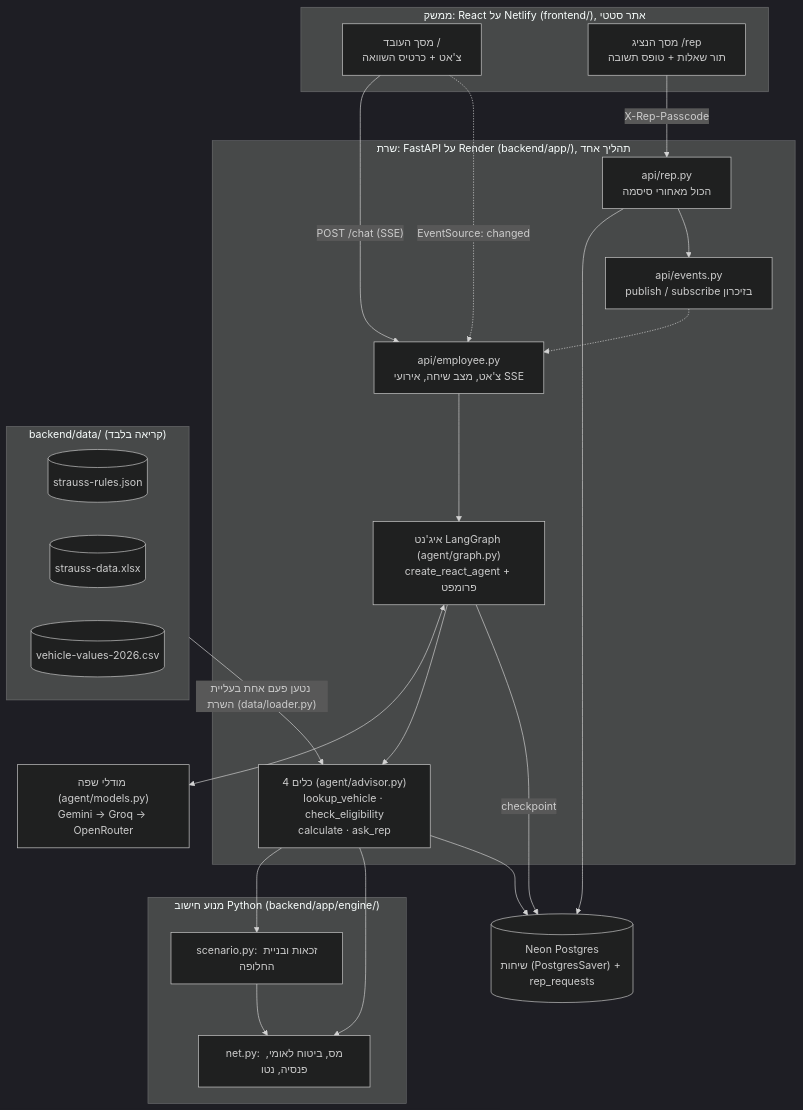
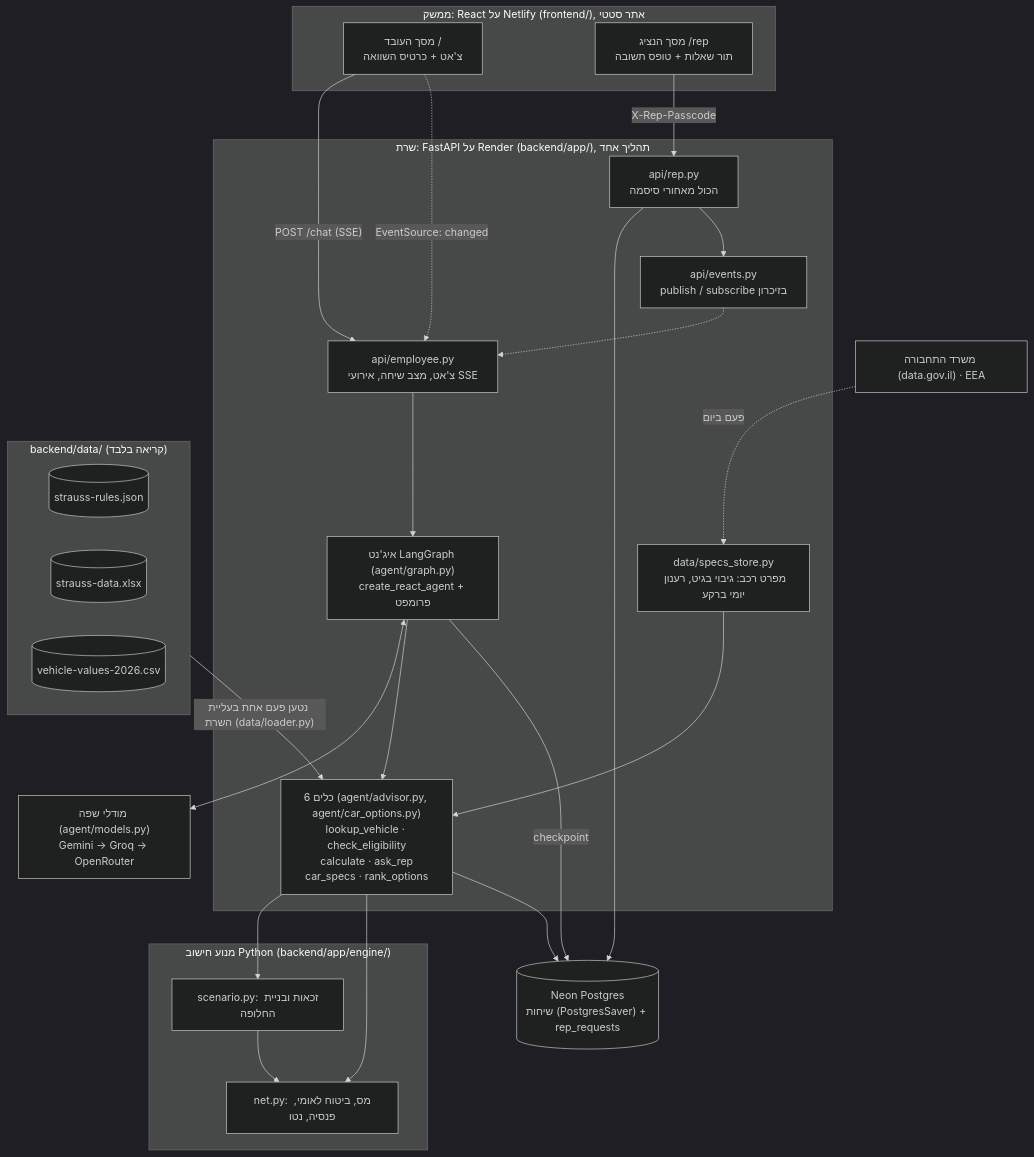
The first of 3 diagrams in docs/architecture.md (tf616248-create/strauss-car-advisor), drawn with Mermaid (dark theme) before and after one commit. The commit also changed other lines of this file and 13 other files, not shown here.

First line of the commit message:
car_specs and rank_options: recommend only through code, on sourced data

````diff
--- a/docs/architecture.md
+++ b/docs/architecture.md
@@ -10,46 +10,49 @@
 ```mermaid
 flowchart TB
     subgraph FE["ממשק: React על Netlify (frontend/), אתר סטטי"]
         EMP["מסך העובד /<br/>צ'אט + כרטיס השוואה"]
         REP["מסך הנציג /rep<br/>תור שאלות + טופס תשובה"]
     end
 
     subgraph BE["שרת: FastAPI על Render (backend/app/), תהליך אחד"]
         API_E["api/employee.py<br/>צ'אט, מצב שיחה, אירועי SSE"]
         API_R["api/rep.py<br/>הכול מאחורי סיסמה"]
         AGENT["איג'נט LangGraph (agent/graph.py)<br/>create_react_agent + פרומפט"]
-        TOOLS["4 כלים (agent/advisor.py)<br/>lookup_vehicle · check_eligibility<br/>calculate · ask_rep"]
+        TOOLS["6 כלים (agent/advisor.py, agent/car_options.py)<br/>lookup_vehicle · check_eligibility<br/>calculate · ask_rep<br/>car_specs · rank_options"]
+        SPECS["data/specs_store.py<br/>מפרט רכב: גיבוי בגיט, רענון יומי ברקע"]
         EVENTS["api/events.py<br/>publish / subscribe בזיכרון"]
     end
 
     LLM["מודלי שפה (agent/models.py)<br/>Gemini → Groq → OpenRouter"]
 
     subgraph ENG["מנוע חישוב Python (backend/app/engine/)"]
         NET["net.py: מס, ביטוח לאומי, פנסיה, נטו"]
         SCEN["scenario.py: זכאות ובניית החלופה"]
     end
 
     subgraph DATA["backend/data/ (קריאה בלבד)"]
         RULES[("strauss-rules.json")]
         XLSX[("strauss-data.xlsx")]
         CSV[("vehicle-values-2026.csv")]
     end
 
     DB[("Neon Postgres<br/>שיחות (PostgresSaver) + rep_requests")]
 
     EMP -- "POST /chat (SSE)" --> API_E
     EMP -. "EventSource: changed" .-> API_E
     REP -- "X-Rep-Passcode" --> API_R
     API_E --> AGENT
     AGENT <--> LLM
     AGENT --> TOOLS
     TOOLS --> SCEN
     TOOLS --> NET
     SCEN --> NET
     TOOLS --> DB
     API_R --> DB
     API_R --> EVENTS
     EVENTS -.-> API_E
     AGENT -- "checkpoint" --> DB
     DATA -- "נטען פעם אחת בעליית השרת (data/loader.py)" --> TOOLS
+    SPECS --> TOOLS
+    GOV["משרד התחבורה (data.gov.il) · EEA"] -. "פעם ביום" .-> SPECS
 ```
````
